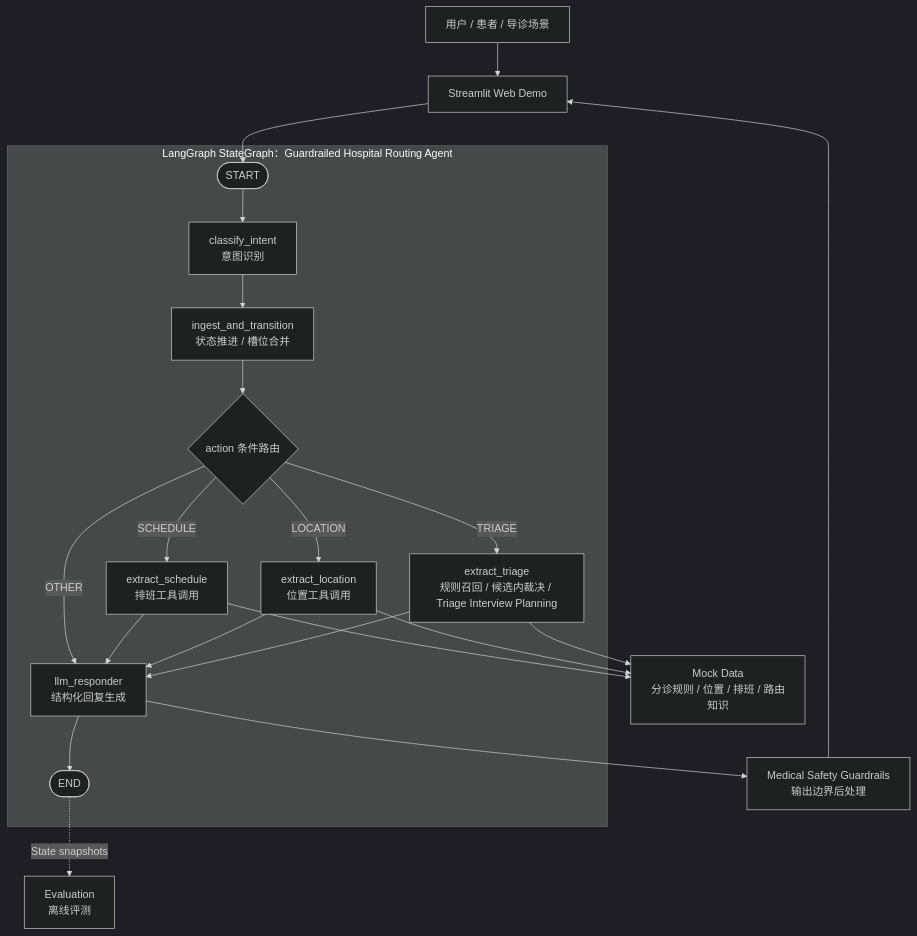
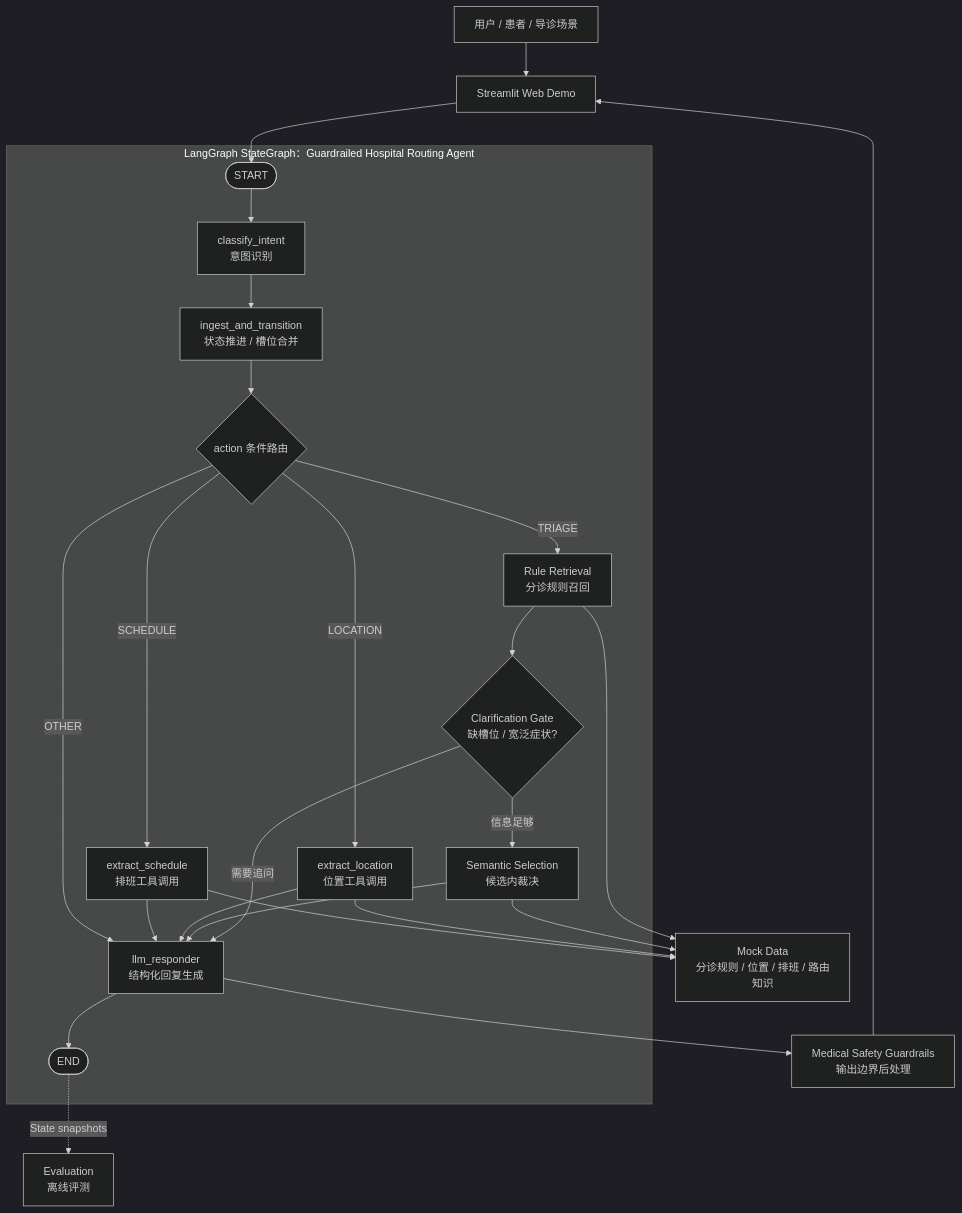
Before and after one commit to xli561980-ship-it/Hospital_Agent: the diagram in README.md, drawn with Mermaid (dark theme). The commit also changed other lines of this file and 7 other files, not shown here.

````diff
--- a/README.md
+++ b/README.md
@@ -91,34 +92,39 @@
 ```mermaid
 flowchart TB
     U["用户 / 患者 / 导诊场景"]
     WEB["Streamlit Web Demo"]
     DATA["Mock Data<br/>分诊规则 / 位置 / 排班 / 路由知识"]
     GUARD["Medical Safety Guardrails<br/>输出边界后处理"]
     EVAL["Evaluation<br/>离线评测"]
 
     subgraph GRAPH["LangGraph StateGraph：Guardrailed Hospital Routing Agent"]
         START([START])
         INTENT["classify_intent<br/>意图识别"]
         INGEST["ingest_and_transition<br/>状态推进 / 槽位合并"]
         ROUTE{"action 条件路由"}
-        TRIAGE["extract_triage<br/>规则召回 / 候选内裁决 / Triage Interview Planning"]
+        RETRIEVE["Rule Retrieval<br/>分诊规则召回"]
+        CLARIFY{"Clarification Gate<br/>缺槽位 / 宽泛症状?"}
+        SELECT["Semantic Selection<br/>候选内裁决"]
         LOCATION["extract_location<br/>位置工具调用"]
         SCHEDULE["extract_schedule<br/>排班工具调用"]
         RESP["llm_responder<br/>结构化回复生成"]
         END_NODE([END])
 
         START --> INTENT --> INGEST --> ROUTE
-        ROUTE -->|"TRIAGE"| TRIAGE --> RESP
+        ROUTE -->|"TRIAGE"| RETRIEVE --> CLARIFY
+        CLARIFY -->|"需要追问"| RESP
+        CLARIFY -->|"信息足够"| SELECT --> RESP
         ROUTE -->|"LOCATION"| LOCATION --> RESP
         ROUTE -->|"SCHEDULE"| SCHEDULE --> RESP
         ROUTE -->|"OTHER"| RESP
         RESP --> END_NODE
     end
 
     U --> WEB --> START
-    TRIAGE --> DATA
+    RETRIEVE --> DATA
+    SELECT --> DATA
     LOCATION --> DATA
     SCHEDULE --> DATA
     RESP --> GUARD --> WEB
     END_NODE -. "State snapshots" .-> EVAL
 ```
````
